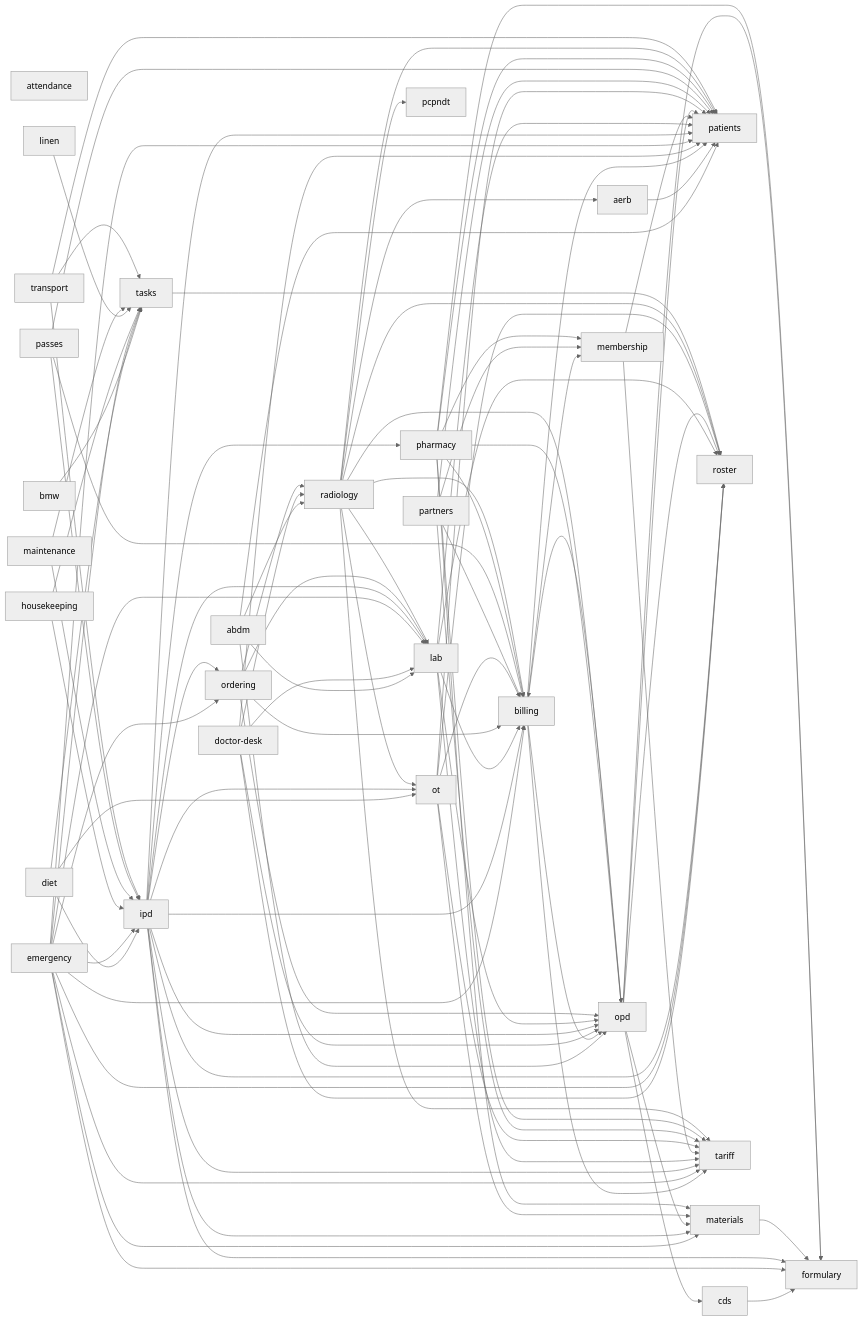
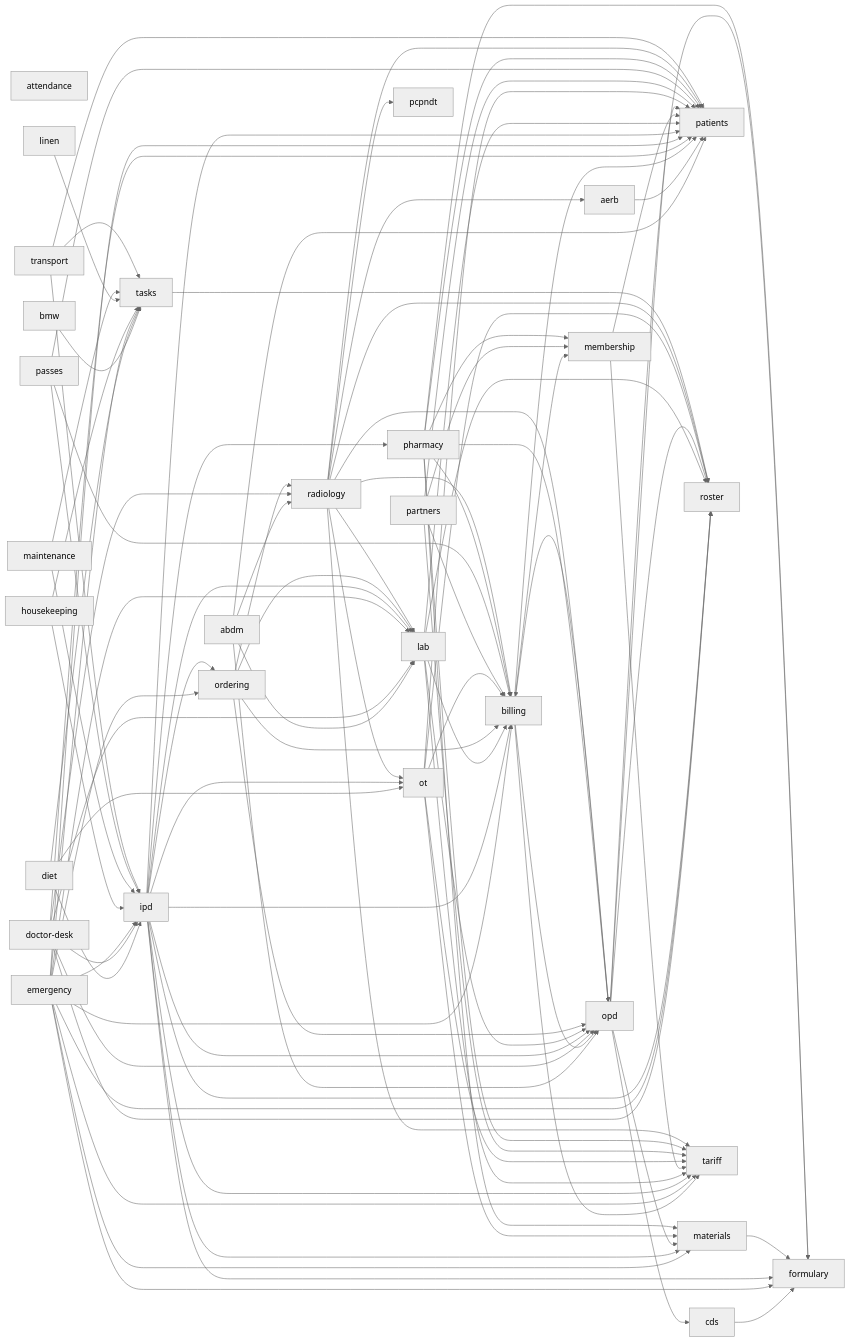
Before and after one commit to ankits3a/hims-hmis: the second of 2 diagrams in docs/architecture/README.md, drawn with Mermaid (neutral theme). The commit also changed other lines of this file and 35 other files, not shown here.

First line of the commit message:
feat(doctor-desk): the ward, part 1 — unit stamp, unit reads, Tower inpatient mode, Beds and Round (#962)

```diff
--- a/docs/architecture/README.md
+++ b/docs/architecture/README.md
@@ -74,6 +74,7 @@
   diet --> ipd
   diet --> ot
   diet --> tasks
+  doctor_desk --> ipd
   doctor_desk --> lab
   doctor_desk --> opd
   doctor_desk --> patients
```
